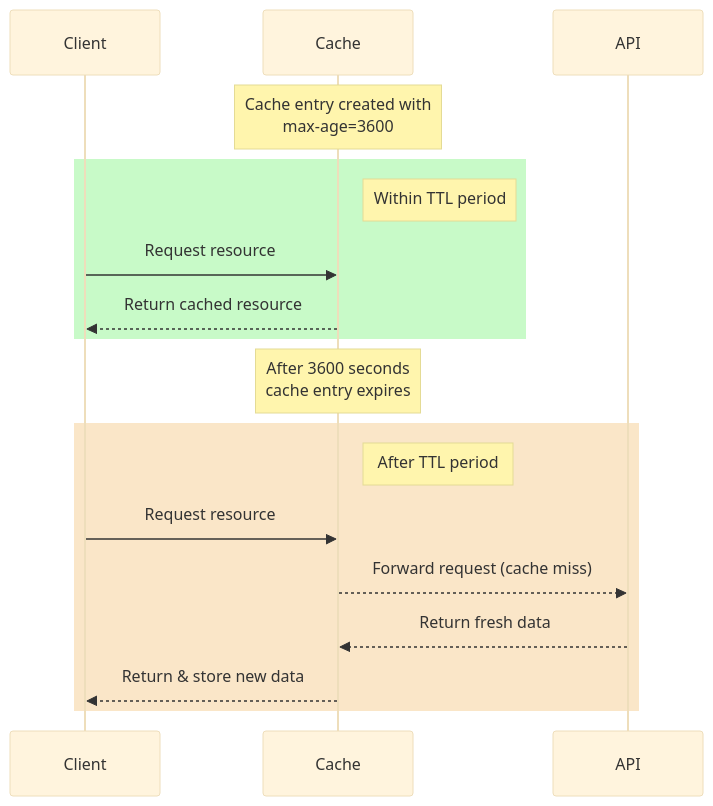
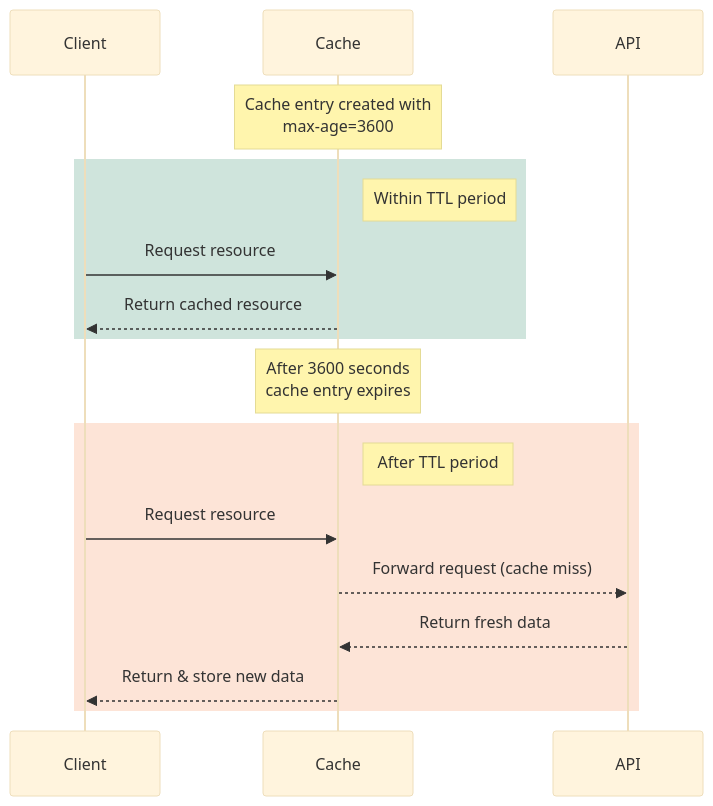
The fifth of 9 diagrams in docs/api-guidelines/performance-reliability-monitoring/caching.md (ukhsa-collaboration/standards-api), drawn with Mermaid (base theme) before and after one commit. The commit also changed other lines of this file and 1 other file, not shown here.

First line of the commit message:
docs: use GOV.UK colours in caching and resilience diagrams

````diff
--- a/docs/api-guidelines/performance-reliability-monitoring/caching.md
+++ b/docs/api-guidelines/performance-reliability-monitoring/caching.md
@@ -345,24 +345,24 @@
 ```mermaid
 sequenceDiagram
     participant Client
     participant Cache
     participant API
     
     Note over Cache: Cache entry created with<br>max-age=3600
     
-    rect rgb(200, 250, 200)
+    rect rgb(207, 228, 220)
     Note right of Cache: Within TTL period
     Client->>Cache: Request resource
     Cache-->>Client: Return cached resource
     end
     
     Note over Cache: After 3600 seconds<br>cache entry expires
     
-    rect rgb(250, 230, 200)
+    rect rgb(253, 228, 215)
     Note right of Cache: After TTL period
     Client->>Cache: Request resource
     Cache-->>API: Forward request (cache miss)
     API-->>Cache: Return fresh data
     Cache-->>Client: Return & store new data
     end
 ```
````
